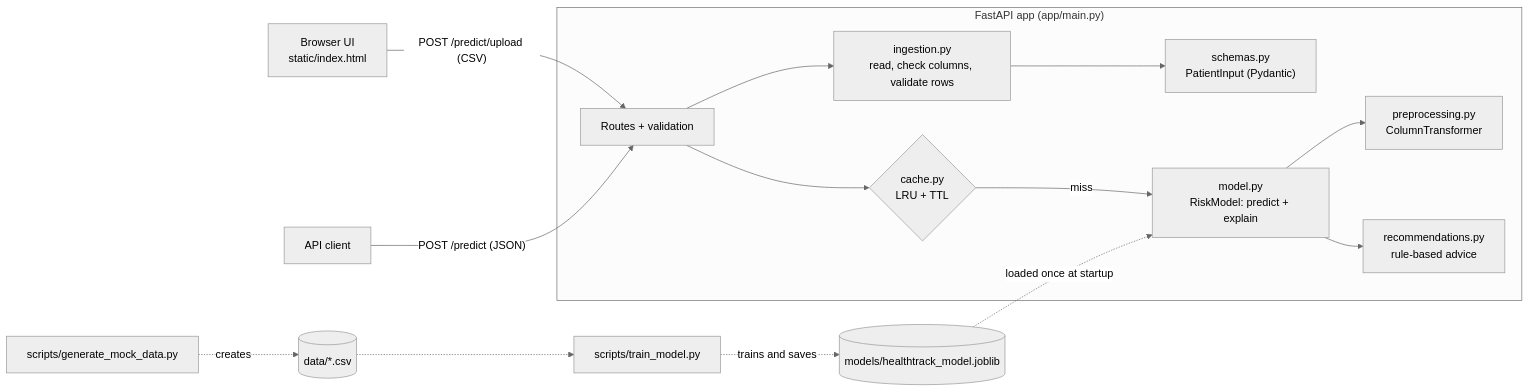
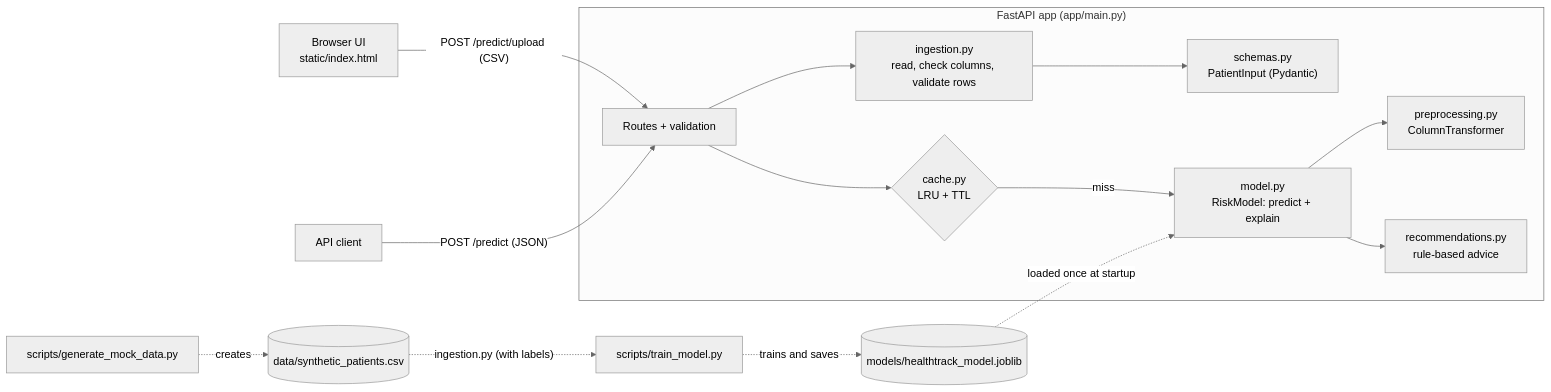
Before and after one commit to swathi-reddy30/HealthTrack: the diagram in README.md, drawn with Mermaid (neutral theme). The commit also changed other lines of this file, not shown here.

````diff
--- a/README.md
+++ b/README.md
@@ -36,19 +48,19 @@
 ```mermaid
 flowchart LR
     UI["Browser UI<br/>static/index.html"] -- "POST /predict/upload (CSV)" --> API
     Client["API client"] -- "POST /predict (JSON)" --> API
 
     subgraph Backend["FastAPI app (app/main.py)"]
         API["Routes + validation"] --> ING["ingestion.py<br/>read, check columns, validate rows"]
         ING --> SCH["schemas.py<br/>PatientInput (Pydantic)"]
         API --> CACHE{"cache.py<br/>LRU + TTL"}
         CACHE -- miss --> MODEL["model.py<br/>RiskModel: predict + explain"]
         MODEL --> PRE["preprocessing.py<br/>ColumnTransformer"]
         MODEL --> REC["recommendations.py<br/>rule-based advice"]
     end
 
     FILE[("models/healthtrack_model.joblib")] -. "loaded once at startup" .-> MODEL
-    TRAIN["scripts/train_model.py"] -. "trains and saves" .-> FILE
-    GEN["scripts/generate_mock_data.py"] -. "creates" .-> DATA[("data/*.csv")]
-    DATA -.-> TRAIN
+    GEN["scripts/generate_mock_data.py"] -. "creates" .-> DATA[("data/synthetic_patients.csv")]
+    DATA -. "ingestion.py (with labels)" .-> TRAIN["scripts/train_model.py"]
+    TRAIN -. "trains and saves" .-> FILE
 ```
````
